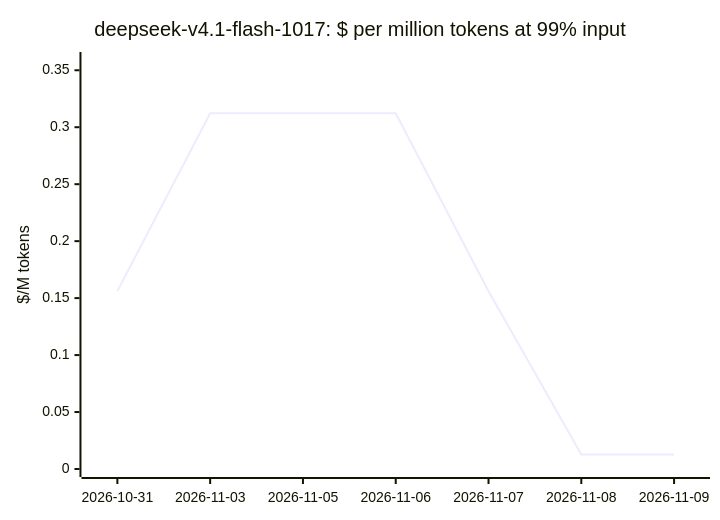
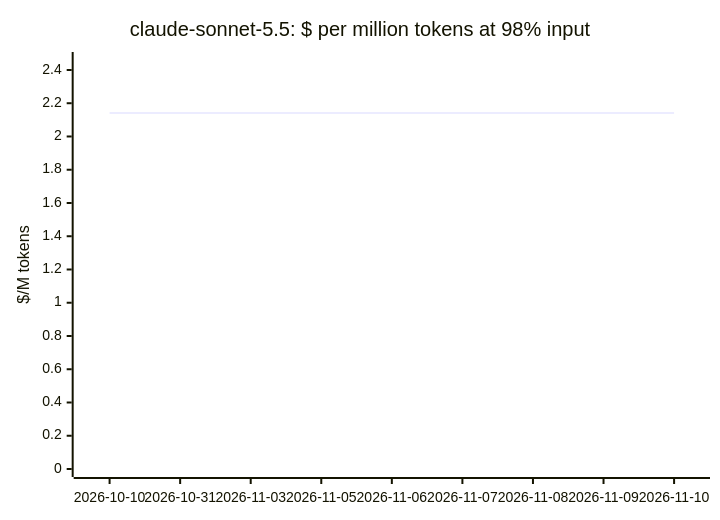
The sixth of 19 diagrams in docs/openrouter-models.md (cklukas/OMEGA_TRANSFORM), drawn with Mermaid before and after one commit. The commit also changed other lines of this file and 49 other files, not shown here.

````diff
--- a/docs/openrouter-models.md
+++ b/docs/openrouter-models.md
@@ -186,7 +182,7 @@
 ```mermaid
 xychart-beta
-    title "deepseek-v4.1-flash-1017: $ per million tokens at 99% input"
-    x-axis ["2026-10-31", "2026-11-03", "2026-11-05", "2026-11-06", "2026-11-07", "2026-11-08", "2026-11-09"]
-    y-axis "$/M tokens" 0 --> 0.359
-    line [0.1561, 0.3122, 0.3122, 0.3122, 0.1561, 0.01272, 0.01272]
+    title "claude-sonnet-5.5: $ per million tokens at 98% input"
+    x-axis ["2026-10-10", "2026-10-31", "2026-11-03", "2026-11-05", "2026-11-06", "2026-11-07", "2026-11-08", "2026-11-09", "2026-11-10"]
+    y-axis "$/M tokens" 0 --> 2.46
+    line [2.141, 2.141, 2.141, 2.141, 2.141, 2.141, 2.141, 2.141, 2.141]
 ```
````
